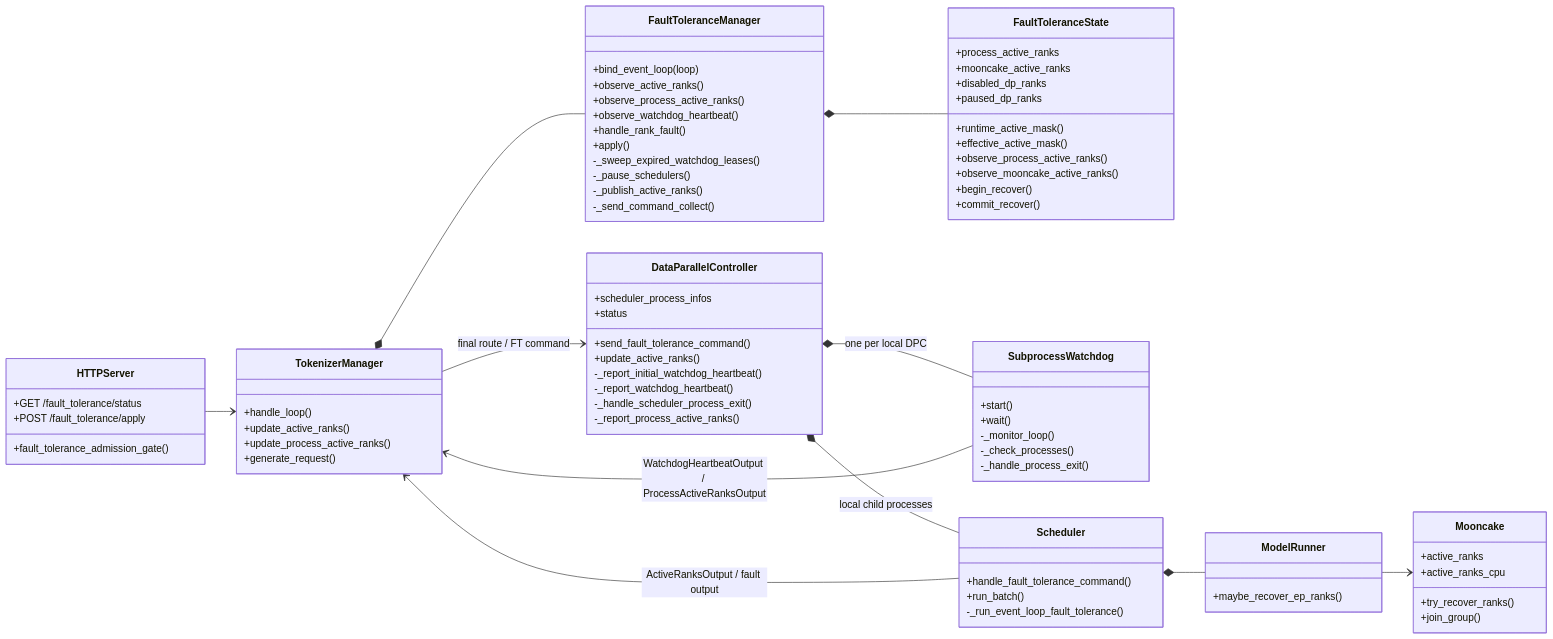
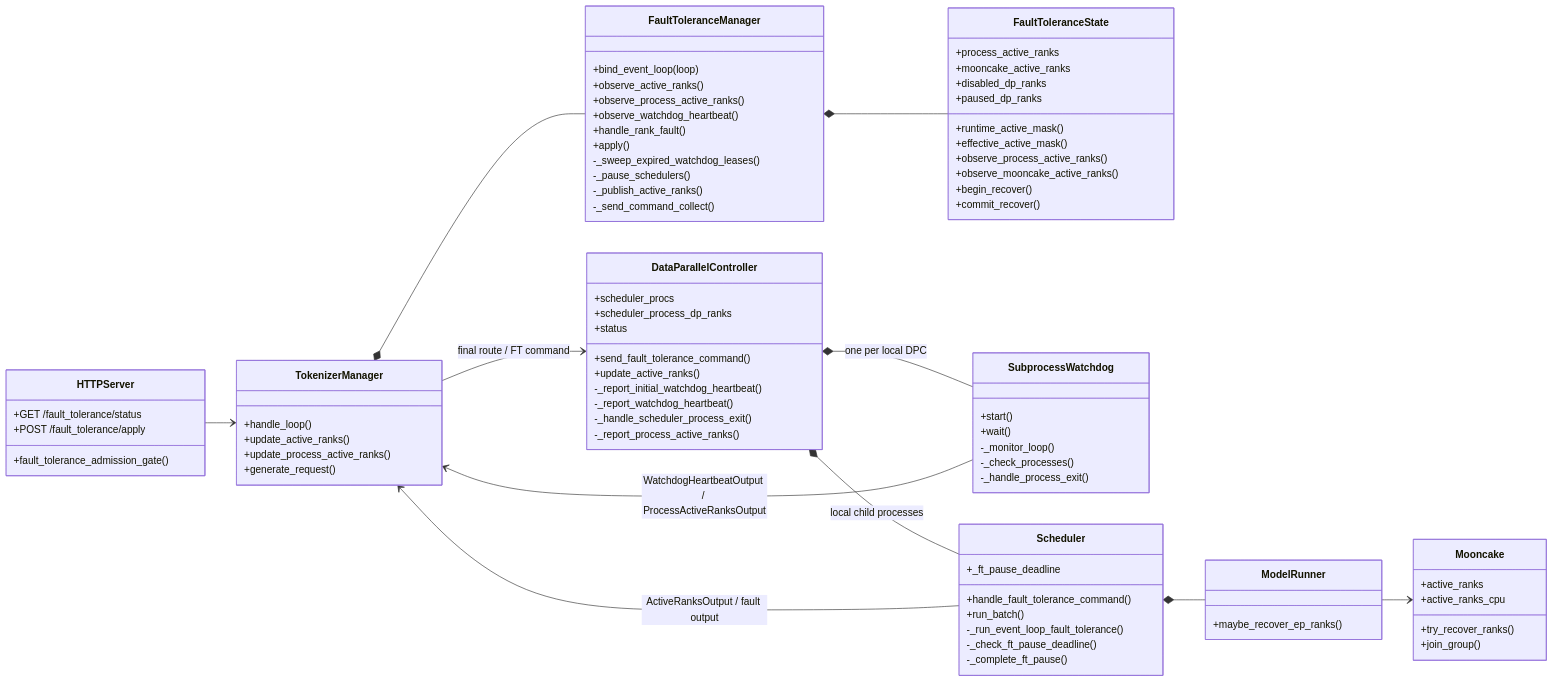
One commit to gaidandawang-afk/DesignDoc changed the first of 7 diagrams in sglang/gpu/README.md. Above: the diagram before and after it, drawn with Mermaid. The commit also changed other lines of this file, not shown here.

```diff
--- a/sglang/gpu/README.md
+++ b/sglang/gpu/README.md
@@ -284,7 +286,8 @@
     }
 
     class DataParallelController {
-        +scheduler_process_infos
+        +scheduler_procs
+        +scheduler_process_dp_ranks
         +status
         +send_fault_tolerance_command()
         +update_active_ranks()
@@ -303,9 +306,12 @@
     }
 
     class Scheduler {
+        +_ft_pause_deadline
         +handle_fault_tolerance_command()
         +run_batch()
         -_run_event_loop_fault_tolerance()
+        -_check_ft_pause_deadline()
+        -_complete_ft_pause()
     }
 
     class ModelRunner {
```
